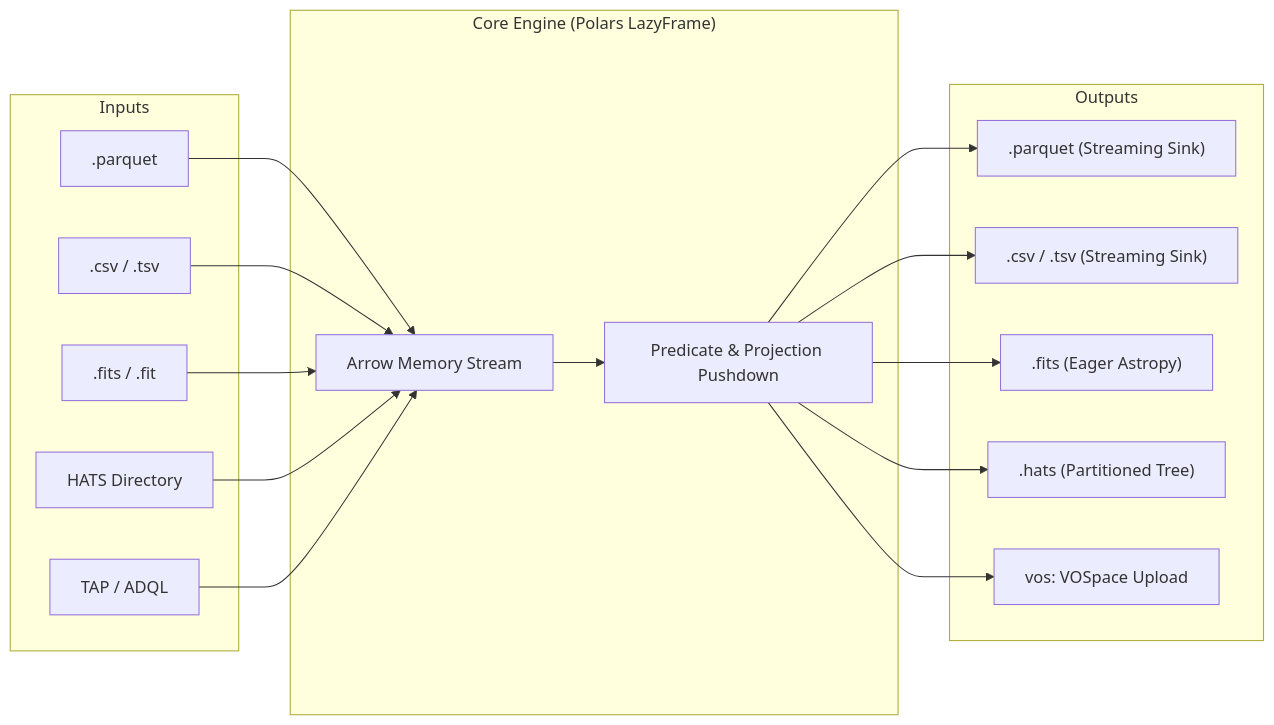
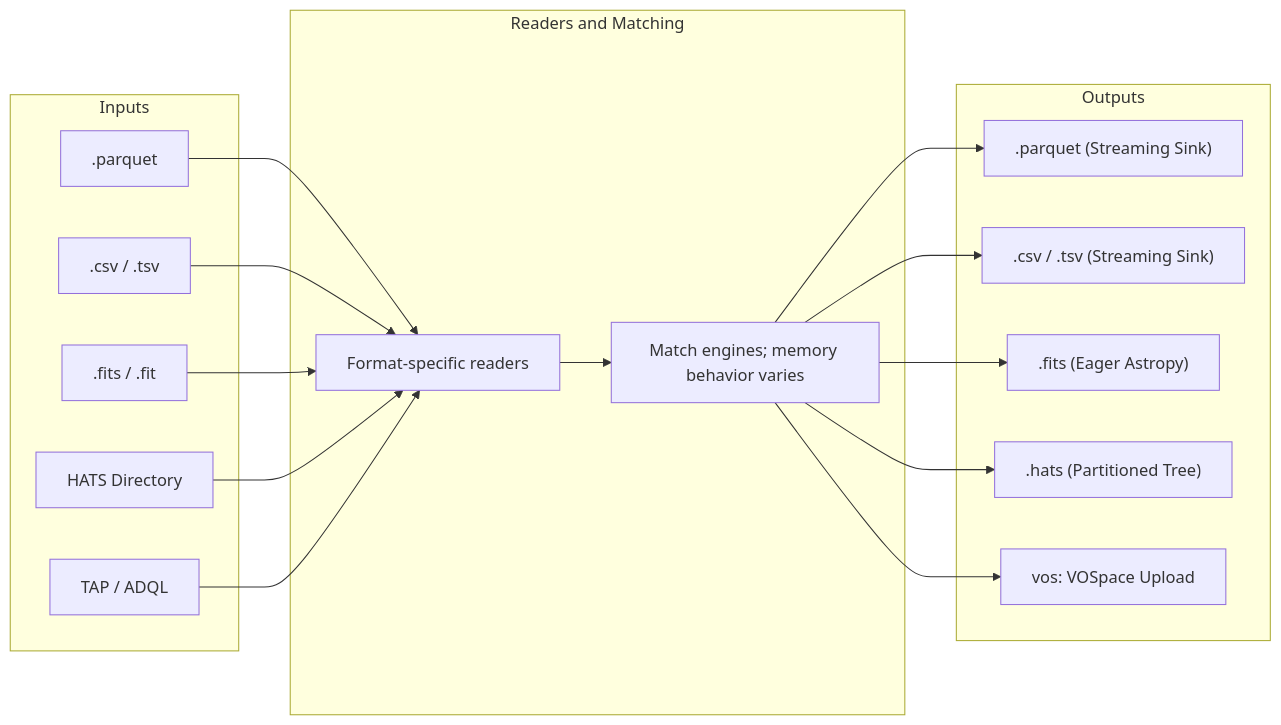
Before and after one commit to astroai/xmatch: the diagram in docs/usage.md, drawn with Mermaid. The commit also changed other lines of this file and 69 other files, not shown here.

````diff
--- a/docs/usage.md
+++ b/docs/usage.md
@@ -92,25 +101,25 @@
 ```mermaid
 flowchart LR
     subgraph Inputs
         A1[".parquet"]
         A2[".csv / .tsv"]
         A3[".fits / .fit"]
         A4["HATS Directory"]
         A5["TAP / ADQL"]
     end
 
-    subgraph "Core Engine (Polars LazyFrame)"
-        B1["Arrow Memory Stream"]
-        B2["Predicate & Projection Pushdown"]
+    subgraph "Readers and Matching"
+        B1["Format-specific readers"]
+        B2["Match engines; memory behavior varies"]
     end
 
     subgraph Outputs
         C1[".parquet (Streaming Sink)"]
         C2[".csv / .tsv (Streaming Sink)"]
         C3[".fits (Eager Astropy)"]
         C4[".hats (Partitioned Tree)"]
         C5["vos: VOSpace Upload"]
     end
 
     A1 & A2 & A3 & A4 & A5 --> B1 --> B2 --> C1 & C2 & C3 & C4 & C5
 ```
````
